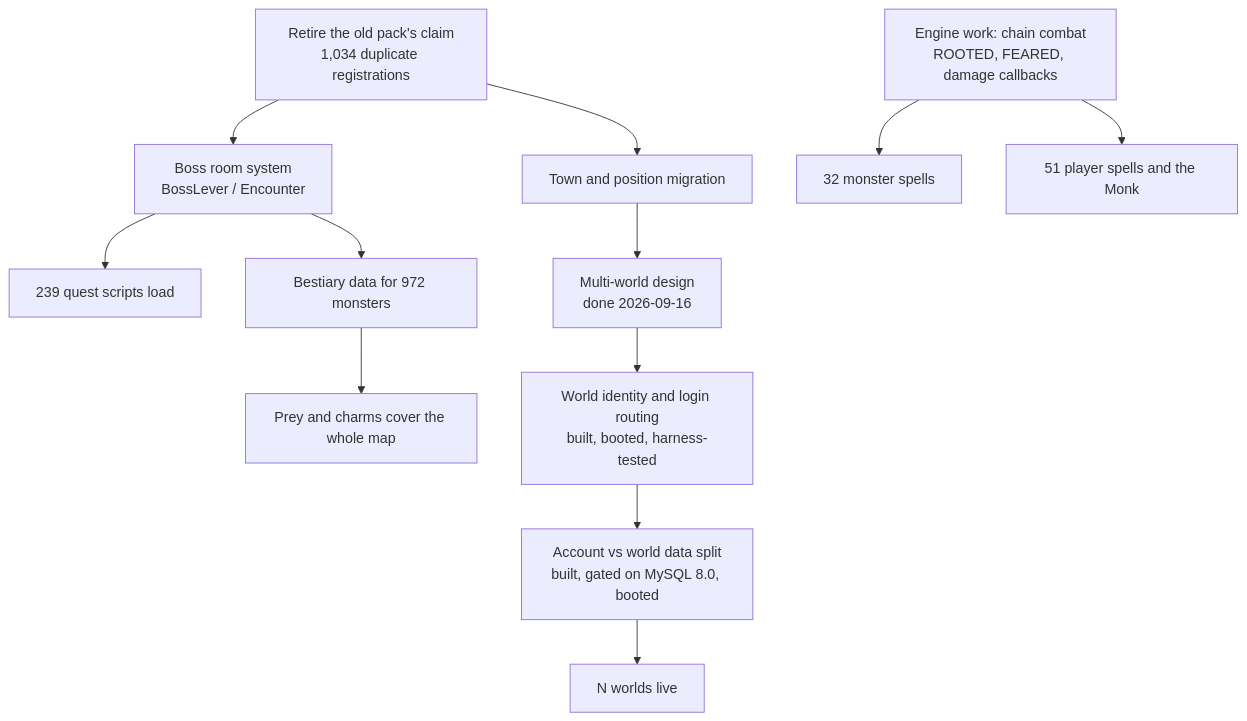
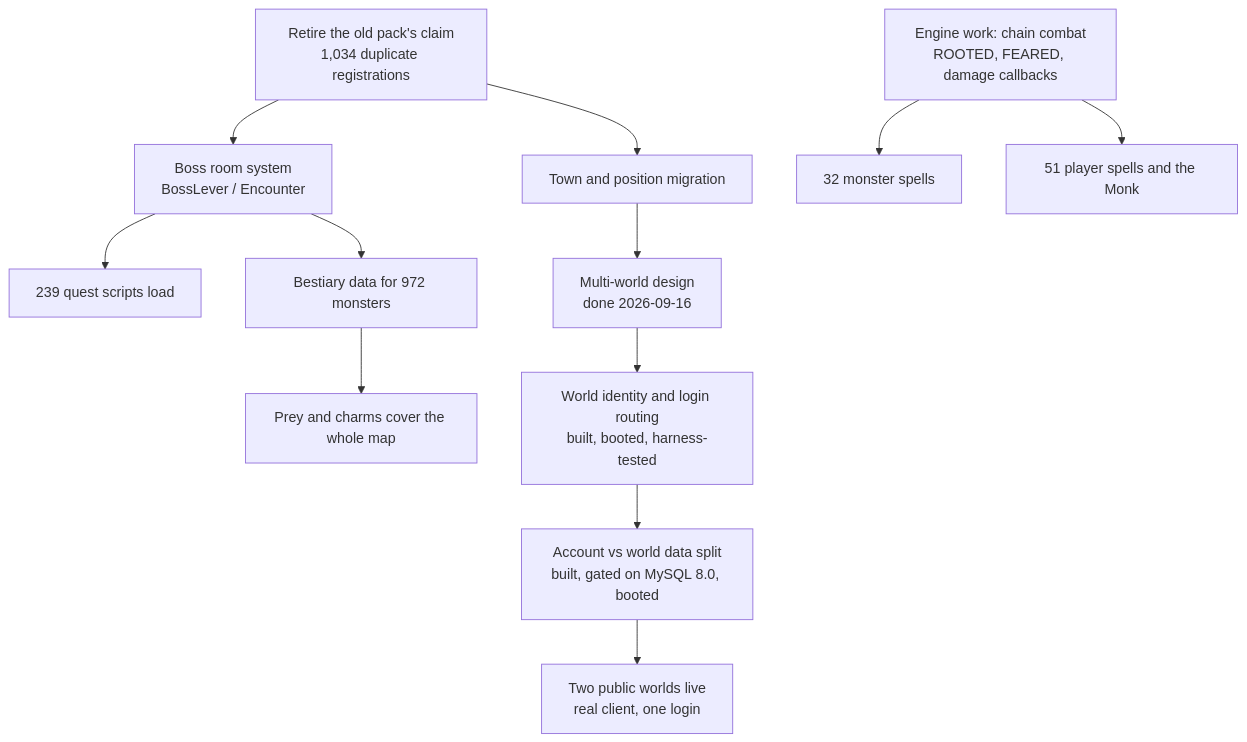
Before and after one commit to arken-fall/ArkOT: the diagram in roadmap.md, drawn with Mermaid. The commit also changed other lines of this file and 2 other files, not shown here.

First line of the commit message:
Record two public worlds live on the production host

````diff
--- a/roadmap.md
+++ b/roadmap.md
@@ -198,14 +219,14 @@
 ```mermaid
 flowchart TD
     A["Retire the old pack's claim<br/>1,034 duplicate registrations"] --> B["Boss room system<br/>BossLever / Encounter"]
     A --> C["Town and position migration"]
     B --> D["239 quest scripts load"]
     C --> E["Multi-world design<br/>done 2026-09-16"]
     E --> F["World identity and login routing<br/>built, booted, harness-tested"]
     F --> G["Account vs world data split<br/>built, gated on MySQL 8.0, booted"]
-    G --> H["N worlds live"]
+    G --> H["Two public worlds live<br/>real client, one login"]
     B --> I["Bestiary data for 972 monsters"]
     I --> J["Prey and charms cover the whole map"]
     K["Engine work: chain combat<br/>ROOTED, FEARED, damage callbacks"] --> L["32 monster spells"]
     K --> M["51 player spells and the Monk"]
 ```
````
